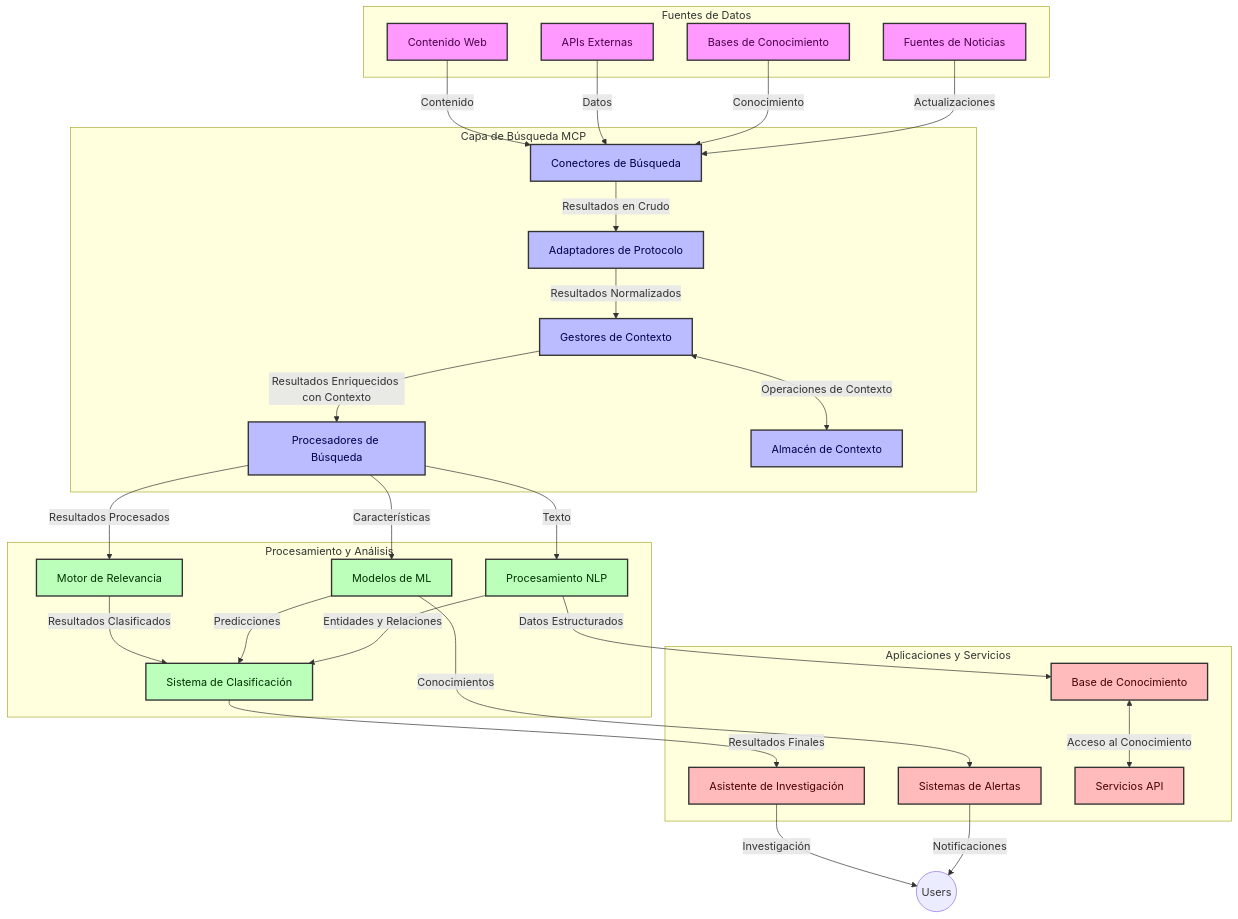
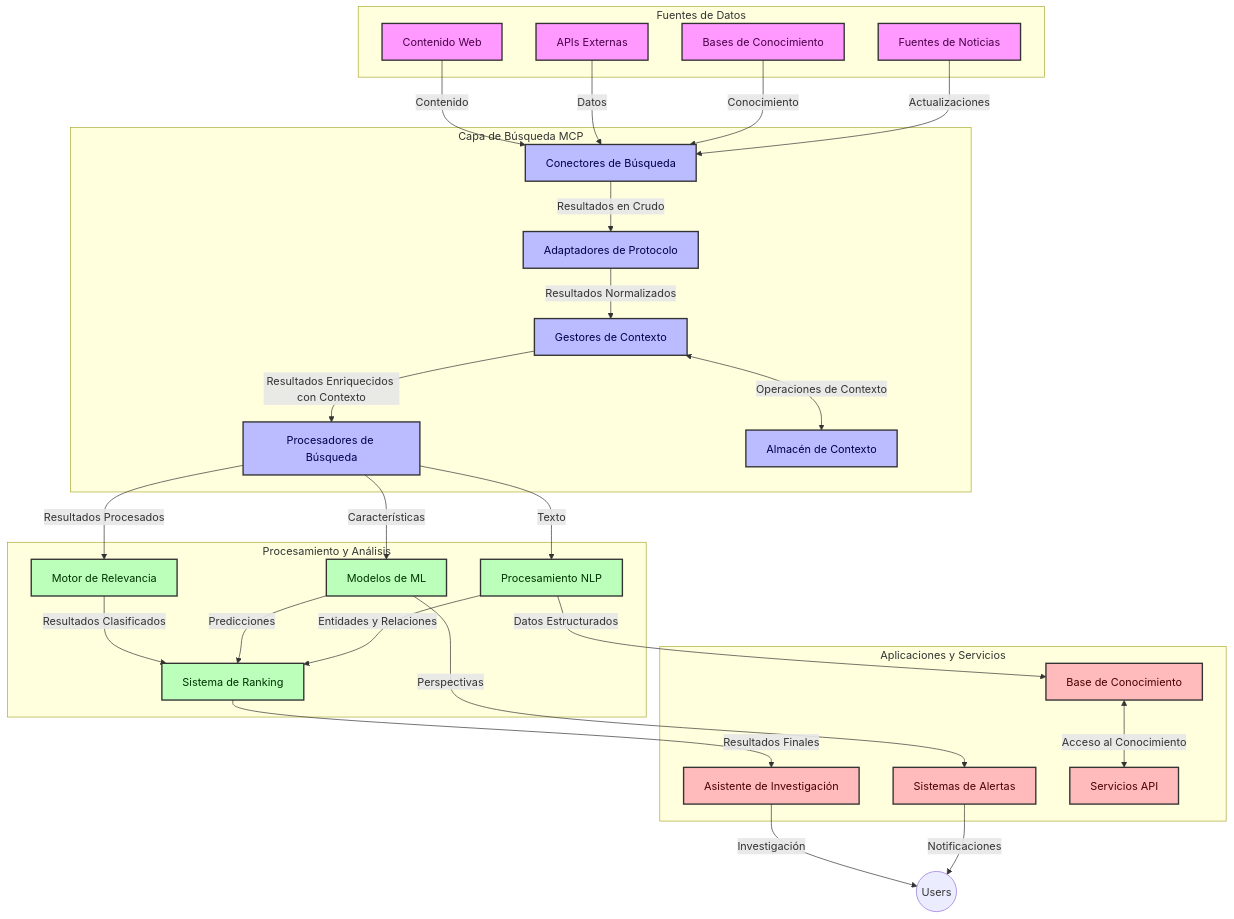
Before and after one commit to microsoft/mcp-for-beginners: the first of 4 diagrams in translations/es/05-AdvancedTopics/mcp-realtimesearch/README.md, drawn with Mermaid. The commit also changed other lines of this file and 146 other files, not shown here.

````diff
--- a/translations/es/05-AdvancedTopics/mcp-realtimesearch/README.md
+++ b/translations/es/05-AdvancedTopics/mcp-realtimesearch/README.md
@@ -109,66 +109,66 @@
 ```mermaid
 graph TD
     subgraph "Fuentes de Datos"
         Web[Contenido Web]
         APIs[APIs Externas]
         DB[Bases de Conocimiento]
         News[Fuentes de Noticias]
     end
 
     subgraph "Capa de Búsqueda MCP"
         SC[Conectores de Búsqueda]
         PA[Adaptadores de Protocolo]
         CH[Gestores de Contexto]
         SP[Procesadores de Búsqueda]
         CS[Almacén de Contexto]
     end
 
     subgraph "Procesamiento y Análisis"
         RE[Motor de Relevancia]
         ML[Modelos de ML]
         NLP[Procesamiento NLP]
-        Rank[Sistema de Clasificación]
+        Rank[Sistema de Ranking]
     end
 
     subgraph "Aplicaciones y Servicios"
         RA[Asistente de Investigación]
         Alerts[Sistemas de Alertas]
         KB[Base de Conocimiento]
         API[Servicios API]
     end
 
     Web -->|Contenido| SC
     APIs -->|Datos| SC
     DB -->|Conocimiento| SC
     News -->|Actualizaciones| SC
     
     SC -->|Resultados en Crudo| PA
     PA -->|Resultados Normalizados| CH
     CH <-->|Operaciones de Contexto| CS
     CH -->|Resultados Enriquecidos con Contexto| SP
     SP -->|Resultados Procesados| RE
     SP -->|Características| ML
     SP -->|Texto| NLP
     
     RE -->|Resultados Clasificados| Rank
     ML -->|Predicciones| Rank
     NLP -->|Entidades y Relaciones| Rank
     
     Rank -->|Resultados Finales| RA
-    ML -->|Conocimientos| Alerts
+    ML -->|Perspectivas| Alerts
     NLP -->|Datos Estructurados| KB
     
     RA -->|Investigación| Users((Users))
     Alerts -->|Notificaciones| Users
     KB <-->|Acceso al Conocimiento| API
 
     classDef sources fill:#f9f,stroke:#333,stroke-width:2px,color:#4a004a
     classDef mcp fill:#bbf,stroke:#333,stroke-width:2px,color:#00004a
     classDef processing fill:#bfb,stroke:#333,stroke-width:2px,color:#003300
     classDef apps fill:#fbb,stroke:#333,stroke-width:2px,color:#4a0000
     
     class Web,APIs,DB,News sources
     class SC,PA,CH,SP,CS mcp
     class RE,ML,NLP,Rank processing
     class RA,Alerts,KB,API apps
 ```
````
